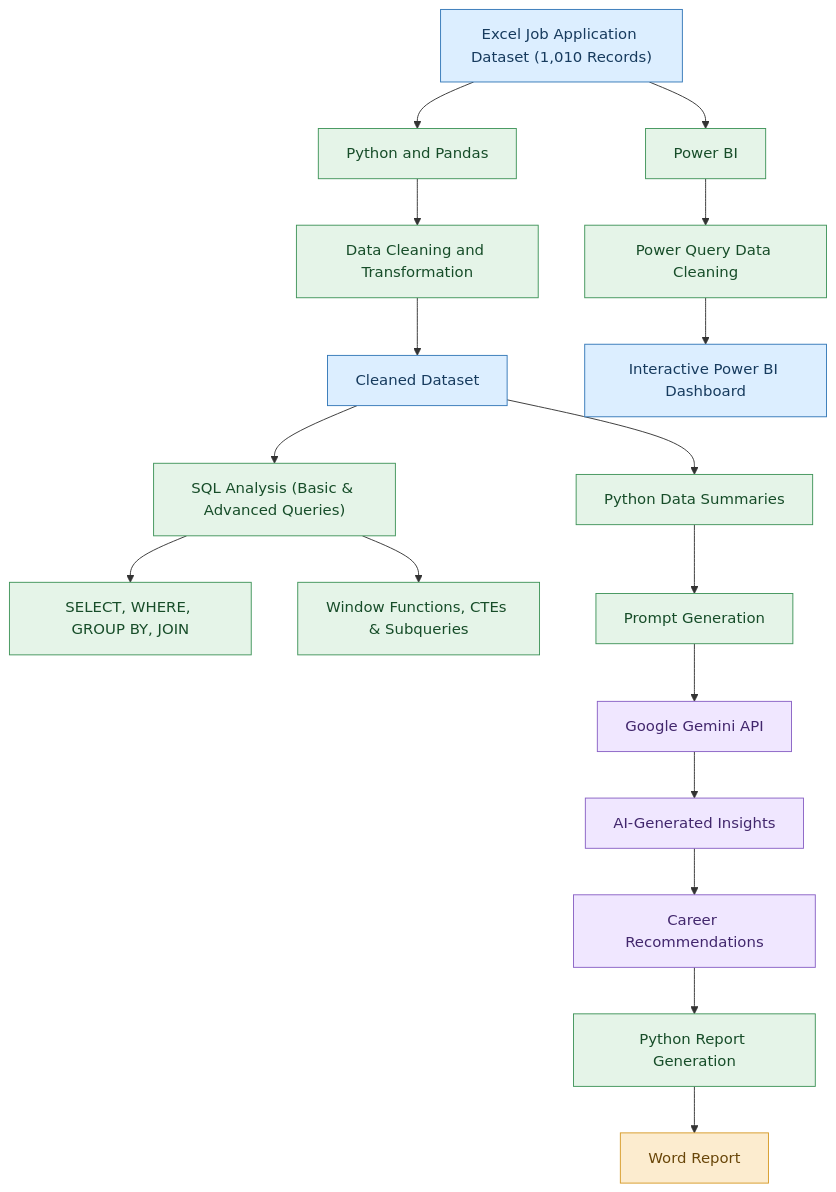
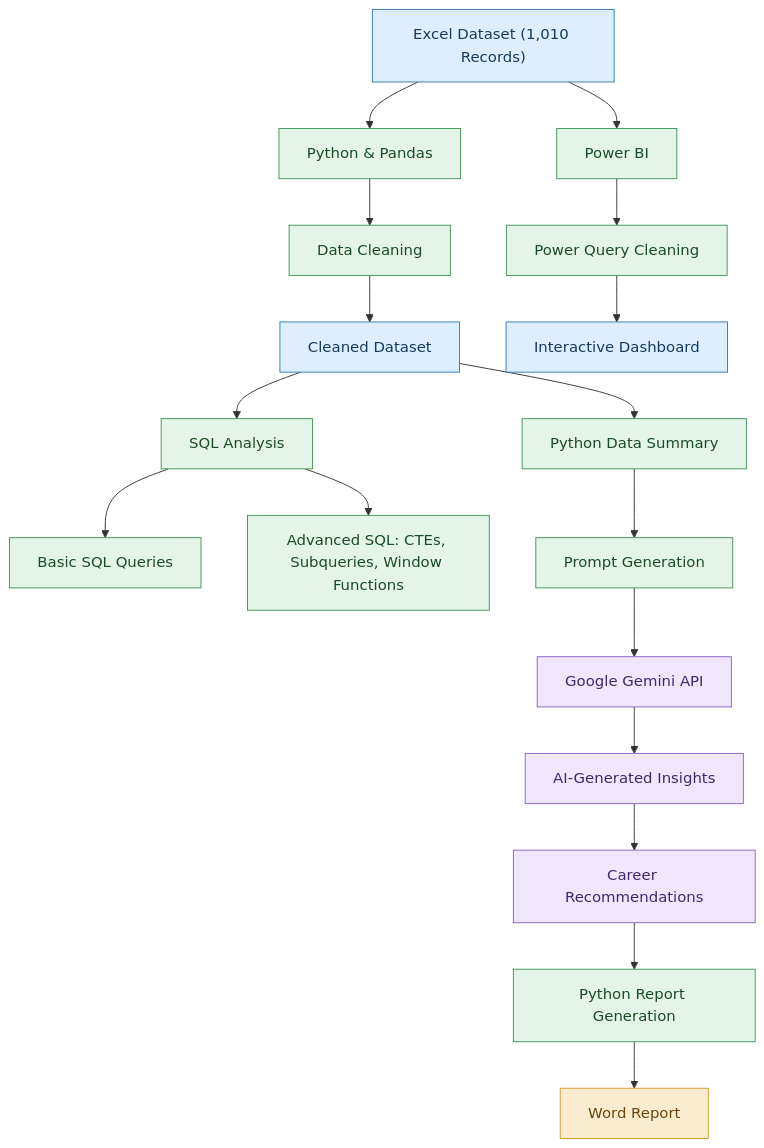
Before and after one commit to Syedmotahirhasan/AI-Job-Hunt-Tracker-: the diagram in README.md, drawn with Mermaid.

````diff
--- a/README.md
+++ b/README.md
@@ -86,40 +86,40 @@
 ```mermaid
 flowchart TD
-    A["Excel Job Application Dataset (1,010 Records)"] --> B["Python and Pandas"]
-    B --> C["Data Cleaning and Transformation"]
+    A["Excel Dataset (1,010 Records)"] --> B["Python & Pandas"]
+    B --> C["Data Cleaning"]
     C --> D["Cleaned Dataset"]
 
-    D --> E["SQL Analysis (Basic & Advanced Queries)"]
-    E --> E1["SELECT, WHERE, GROUP BY, JOIN"]
-    E --> E2["Window Functions, CTEs & Subqueries"]
+    D --> E["SQL Analysis"]
+    E --> E1["Basic SQL Queries"]
+    E --> E2["Advanced SQL: CTEs, Subqueries, Window Functions"]
 
     A --> F["Power BI"]
-    F --> G["Power Query Data Cleaning"]
-    G --> H["Interactive Power BI Dashboard"]
+    F --> G["Power Query Cleaning"]
+    G --> H["Interactive Dashboard"]
 
-    D --> I["Python Data Summaries"]
+    D --> I["Python Data Summary"]
     I --> J["Prompt Generation"]
     J --> K["Google Gemini API"]
     K --> L["AI-Generated Insights"]
     L --> M["Career Recommendations"]
     M --> N["Python Report Generation"]
     N --> O["Word Report"]
 
     style A fill:#DCEEFF,stroke:#3478B8,color:#173B5E
     style B fill:#E5F4E8,stroke:#40945A,color:#174D29
     style C fill:#E5F4E8,stroke:#40945A,color:#174D29
     style D fill:#DCEEFF,stroke:#3478B8,color:#173B5E
     style E fill:#E5F4E8,stroke:#40945A,color:#174D29
     style E1 fill:#E5F4E8,stroke:#40945A,color:#174D29
     style E2 fill:#E5F4E8,stroke:#40945A,color:#174D29
     style F fill:#E5F4E8,stroke:#40945A,color:#174D29
     style G fill:#E5F4E8,stroke:#40945A,color:#174D29
     style H fill:#DCEEFF,stroke:#3478B8,color:#173B5E
     style I fill:#E5F4E8,stroke:#40945A,color:#174D29
     style J fill:#E5F4E8,stroke:#40945A,color:#174D29
     style K fill:#F0E7FF,stroke:#8961C5,color:#42276D
     style L fill:#F0E7FF,stroke:#8961C5,color:#42276D
     style M fill:#F0E7FF,stroke:#8961C5,color:#42276D
     style N fill:#E5F4E8,stroke:#40945A,color:#174D29
     style O fill:#FCECCF,stroke:#D69A28,color:#694609
 ```
````
